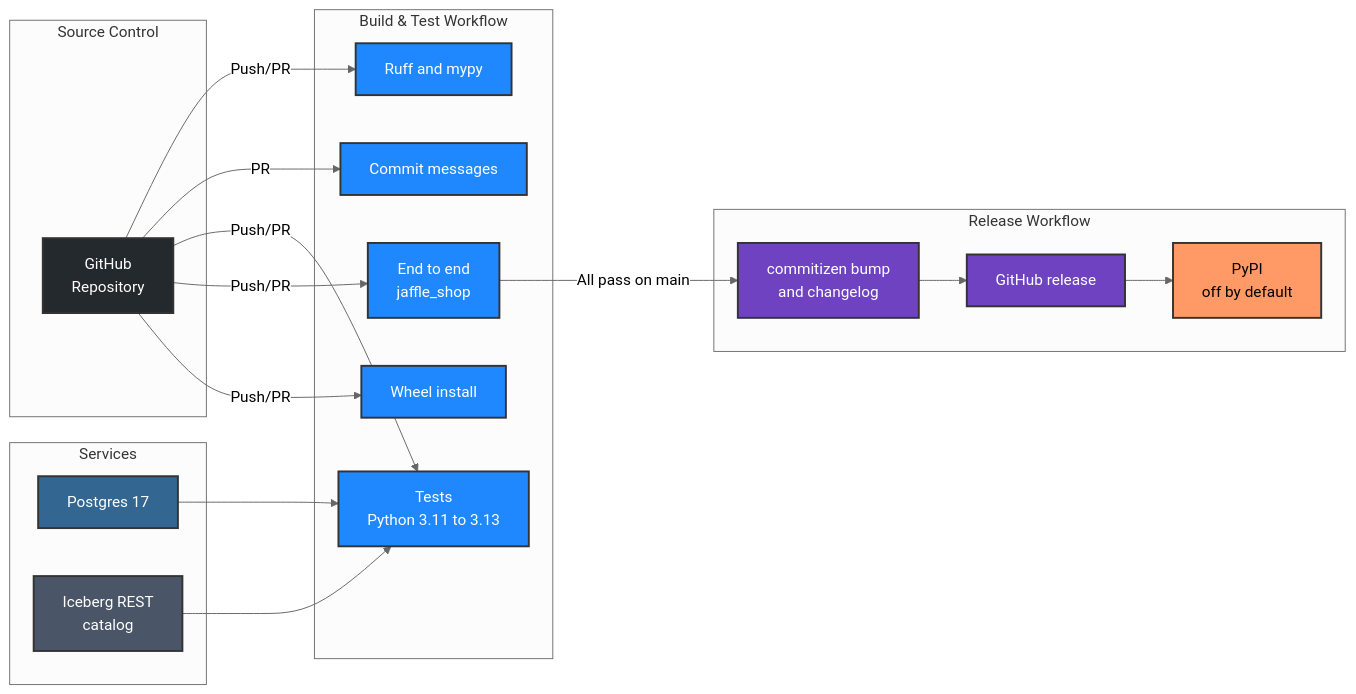
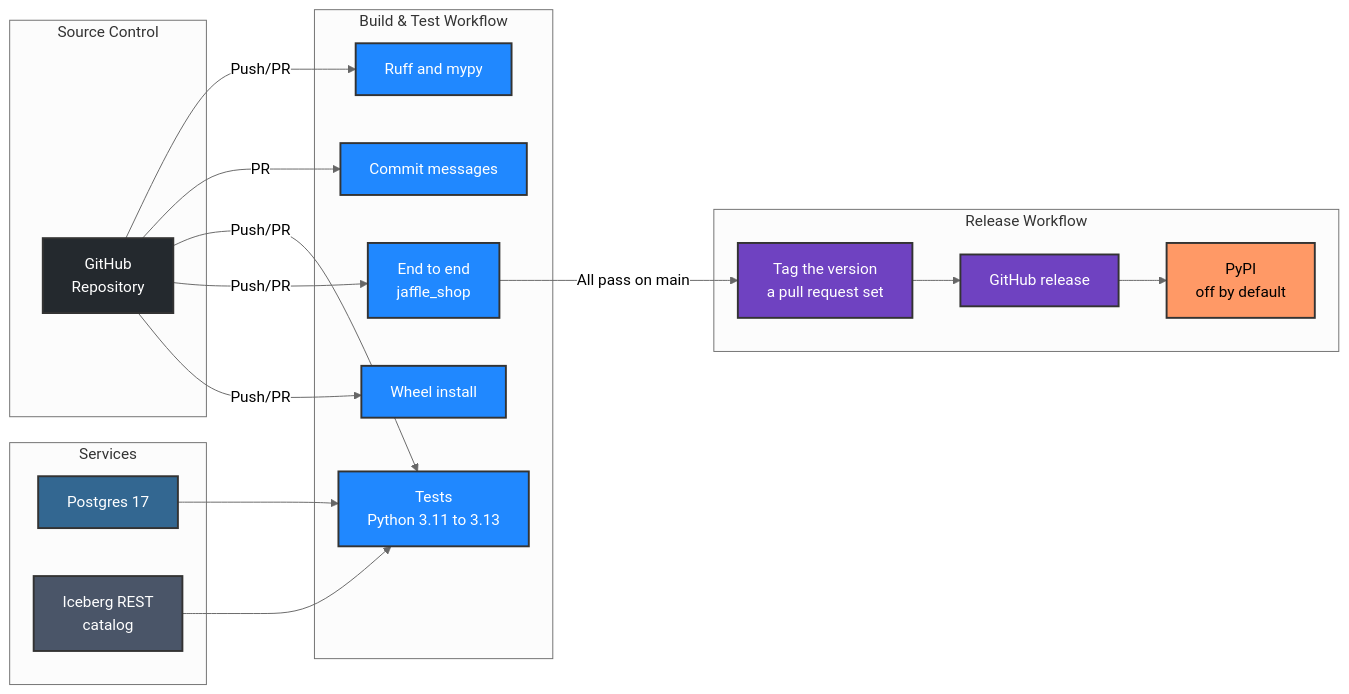
The diagram in docs/development.md (actions-marketplace-validations/kodexlabsio_konstruct), drawn with Mermaid (neutral theme) before and after one commit. The commit also changed other lines of this file and 9 other files, not shown here.

First line of the commit message:
ci(release): Release the version a pull request sets, as main is protected

````diff
--- a/docs/development.md
+++ b/docs/development.md
@@ -108,48 +108,48 @@
 ```mermaid
 graph LR
     subgraph "Source Control"
         GitHub[GitHub<br/>Repository]
     end
 
     subgraph "Build & Test Workflow"
         Lint[Ruff and mypy]
         Commits[Commit messages]
         Tests[Tests<br/>Python 3.11 to 3.13]
         E2E[End to end<br/>jaffle_shop]
         Package[Wheel install]
     end
 
     subgraph "Services"
         Postgres[Postgres 17]
         Iceberg[Iceberg REST<br/>catalog]
     end
 
     subgraph "Release Workflow"
-        Bump[commitizen bump<br/>and changelog]
+        Bump[Tag the version<br/>a pull request set]
         Release[GitHub release]
         PyPI[PyPI<br/>off by default]
     end
 
     GitHub -->|Push/PR| Lint
     GitHub -->|PR| Commits
     GitHub -->|Push/PR| Tests
     GitHub -->|Push/PR| E2E
     GitHub -->|Push/PR| Package
     Postgres --> Tests
     Iceberg --> Tests
     E2E -->|All pass on main| Bump
     Bump --> Release
     Release --> PyPI
 
     style GitHub fill:#24292e,stroke:#333,stroke-width:2px,color:#fff
     style Lint fill:#2088ff,stroke:#333,stroke-width:2px,color:#fff
     style Commits fill:#2088ff,stroke:#333,stroke-width:2px,color:#fff
     style Tests fill:#2088ff,stroke:#333,stroke-width:2px,color:#fff
     style E2E fill:#2088ff,stroke:#333,stroke-width:2px,color:#fff
     style Package fill:#2088ff,stroke:#333,stroke-width:2px,color:#fff
     style Postgres fill:#336791,stroke:#333,stroke-width:2px,color:#fff
     style Iceberg fill:#4a5568,stroke:#333,stroke-width:2px,color:#fff
     style Bump fill:#6f42c1,stroke:#333,stroke-width:2px,color:#fff
     style Release fill:#6f42c1,stroke:#333,stroke-width:2px,color:#fff
     style PyPI fill:#f96,stroke:#333,stroke-width:2px
 ```
````
